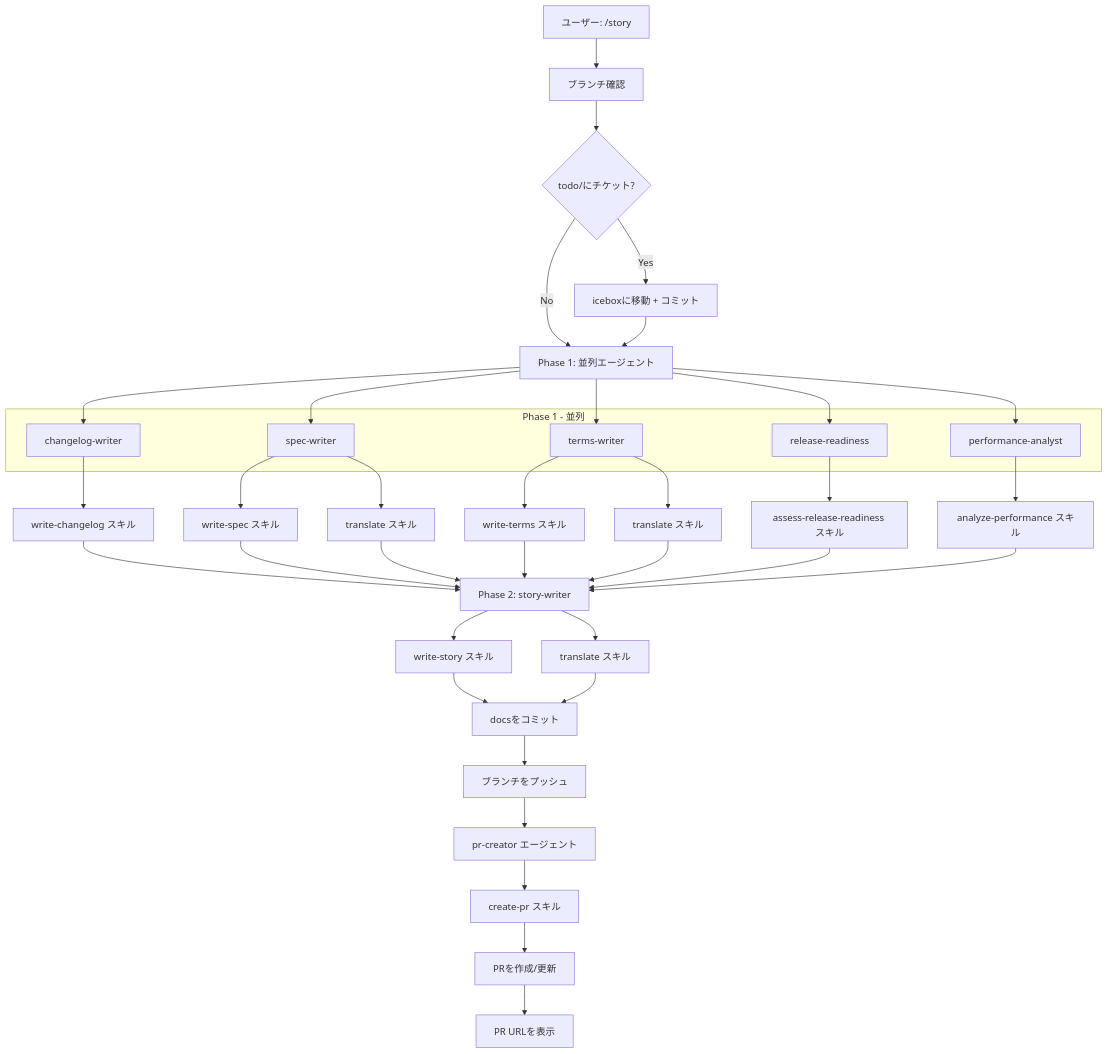
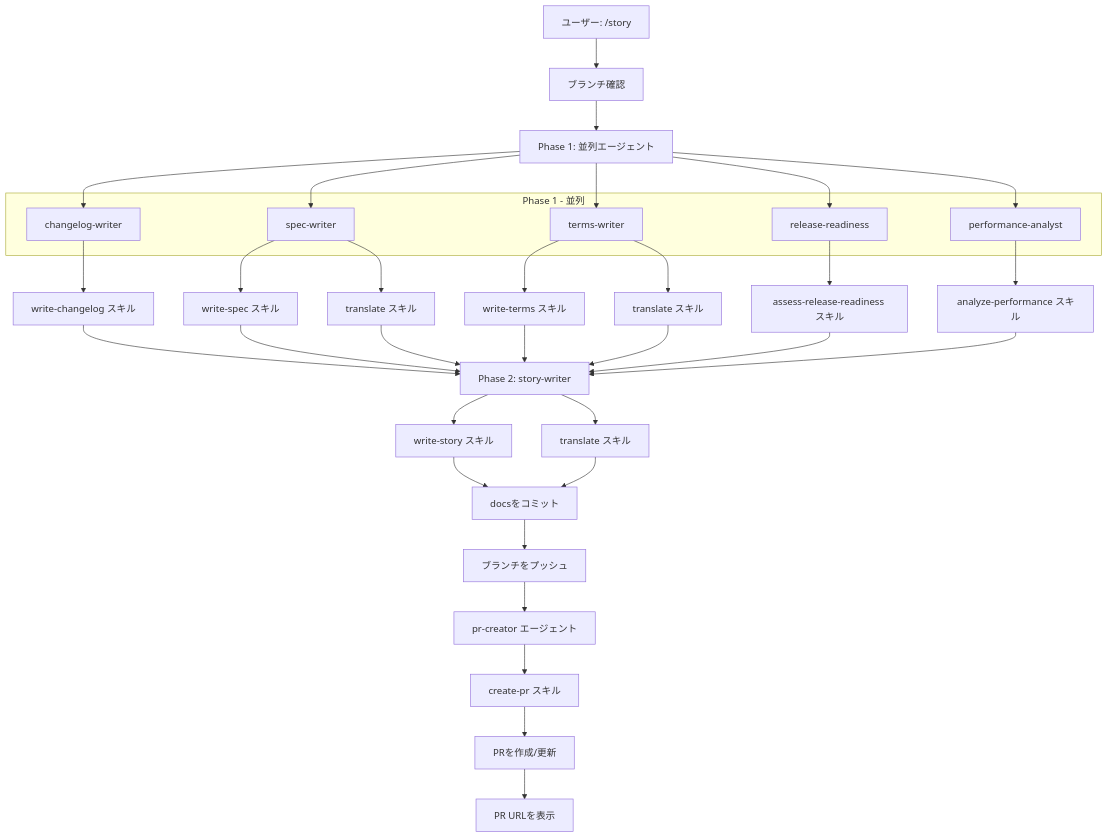
The third of 3 diagrams in .workaholic/specs/command-flows_ja.md (qmu/workaholic), drawn with Mermaid before and after one commit. The commit also changed other lines of this file and 24 other files, not shown here.

````diff
--- a/.workaholic/specs/command-flows_ja.md
+++ b/.workaholic/specs/command-flows_ja.md
@@ -115,38 +115,35 @@
 ```mermaid
 flowchart TD
     A[ユーザー: /story] --> B[ブランチ確認]
-    B --> C{todo/にチケット?}
-    C -->|Yes| D[iceboxに移動 + コミット]
-    C -->|No| E[Phase 1: 並列エージェント]
-    D --> E
+    B --> E[Phase 1: 並列エージェント]
 
     subgraph Phase1[Phase 1 - 並列]
         F[changelog-writer]
         G[spec-writer]
         H[terms-writer]
         I[release-readiness]
         PA[performance-analyst]
     end
 
     E --> F & G & H & I & PA
 
     F --> F1[write-changelog スキル]
     G --> G1[write-spec スキル]
     G --> G2[translate スキル]
     H --> H1[write-terms スキル]
     H --> H2[translate スキル]
     I --> I1[assess-release-readiness スキル]
     PA --> PA1[analyze-performance スキル]
 
     F1 & G1 & G2 & H1 & H2 & I1 & PA1 --> J[Phase 2: story-writer]
 
     J --> J1[write-story スキル]
     J --> J2[translate スキル]
 
     J1 & J2 --> K[docsをコミット]
     K --> L[ブランチをプッシュ]
     L --> M[pr-creator エージェント]
     M --> M1[create-pr スキル]
     M1 --> N[PRを作成/更新]
     N --> O[PR URLを表示]
 ```
````
